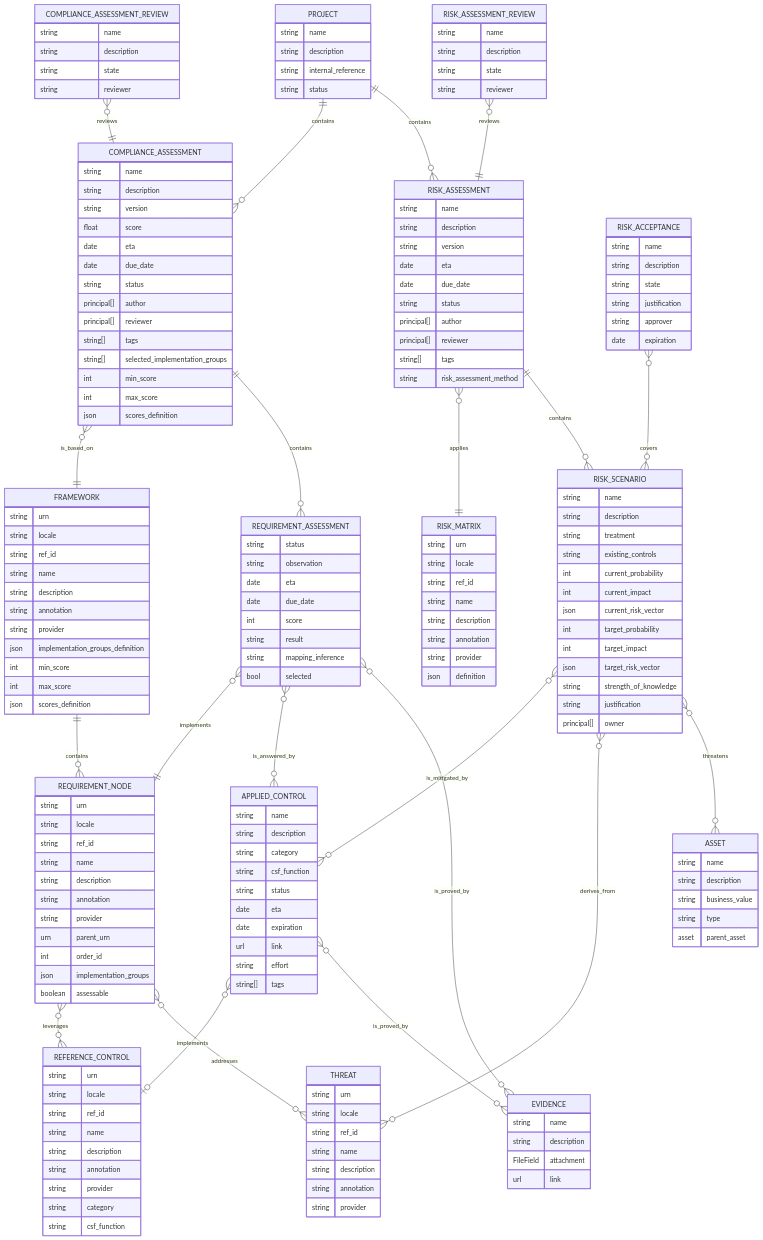
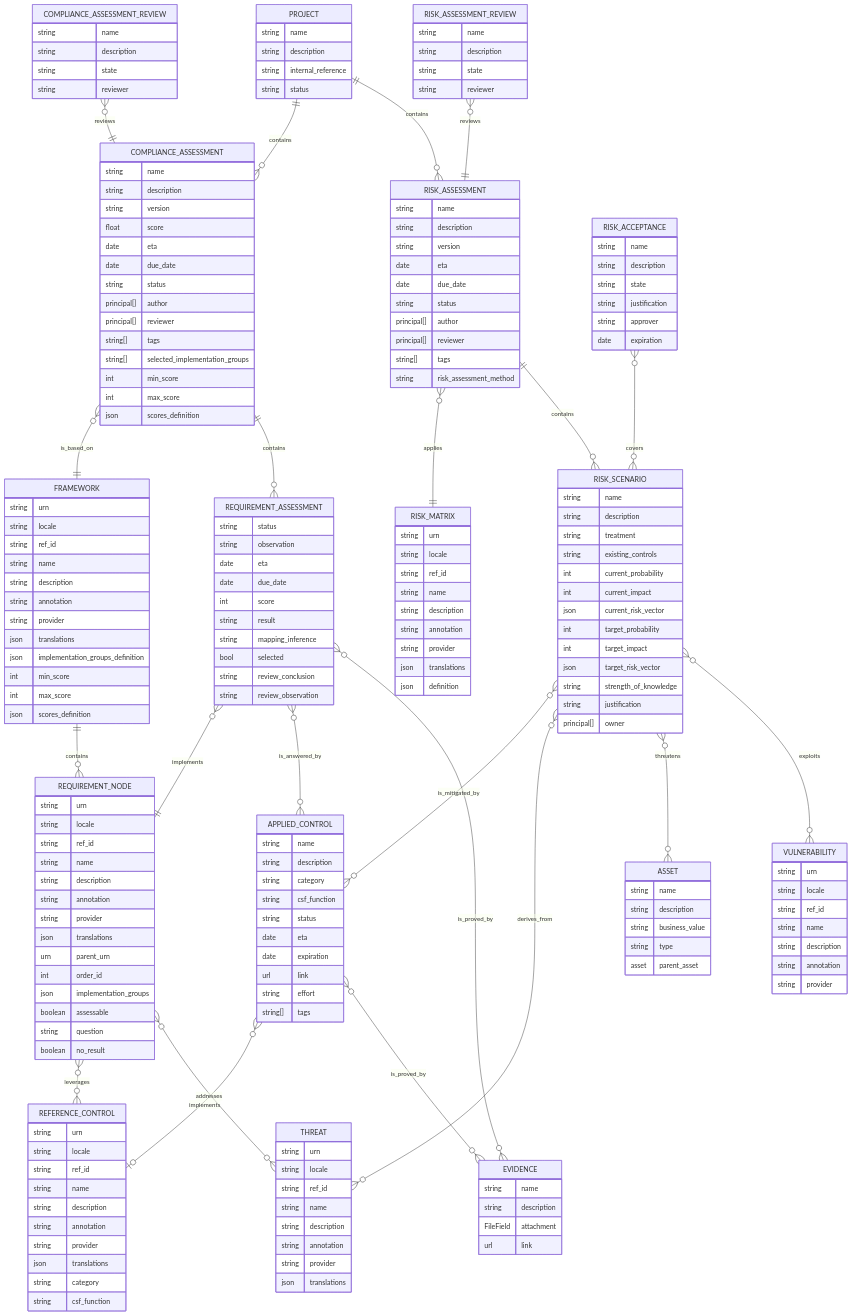
One commit to intuitem/ciso-assistant-community changed the fourth of 10 diagrams in documentation/architecture/data-model.md. Above: the diagram before and after it, drawn with Mermaid. The commit also changed other lines of this file and 74 other files, not shown here.

```diff
--- a/documentation/architecture/data-model.md
+++ b/documentation/architecture/data-model.md
@@ -111,6 +106,7 @@
     RISK_SCENARIO                }o--o{ ASSET                 : threatens
     RISK_ACCEPTANCE              }o--o{ RISK_SCENARIO         : covers
     RISK_ASSESSMENT_REVIEW       }o--|| RISK_ASSESSMENT       : reviews
+    RISK_SCENARIO                }o--o{ VULNERABILITY         : exploits
 
     PROJECT {
         string name
@@ -127,6 +123,8 @@
         string  description
         string  annotation
         string  provider
+        json    translations
+
         json    implementation_groups_definition
         int     min_score
         int     max_score
@@ -174,6 +172,17 @@
         string  description
         string  annotation
         string  provider
+        json    translations
+    }
+
+    VULNERABILITY {
+        string  urn
+        string  locale
+        string  ref_id
+        string  name
+        string  description
+        string  annotation
+        string  provider
     }
 
     REQUIREMENT_NODE {
@@ -184,11 +193,14 @@
         string  description
         string  annotation
         string  provider
+        json    translations
 
         urn     parent_urn
         int     order_id
         json    implementation_groups
         boolean assessable
+        string  question
+        boolean no_result
     }
 
     REFERENCE_CONTROL {
@@ -199,6 +211,7 @@
         string  description
         string  annotation
         string  provider
+        json    translations
 
         string  category
         string  csf_function
@@ -227,6 +240,8 @@
         string result
         string mapping_inference
         bool   selected
+        string review_conclusion
+        string review_observation
     }
 
     EVIDENCE {
@@ -245,6 +260,7 @@
         string  description
         string  annotation
         string  provider
+        json    translations
 
         json    definition
     }
```
